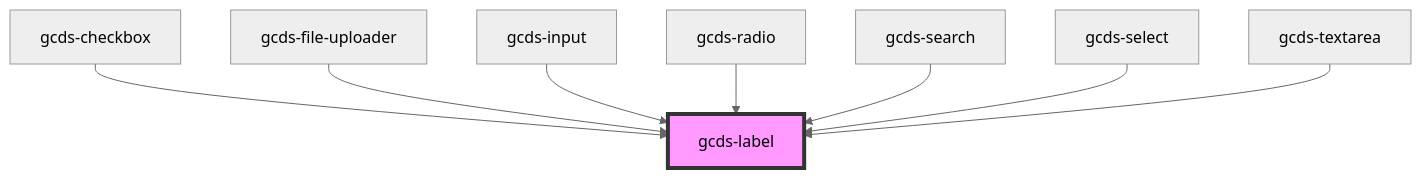
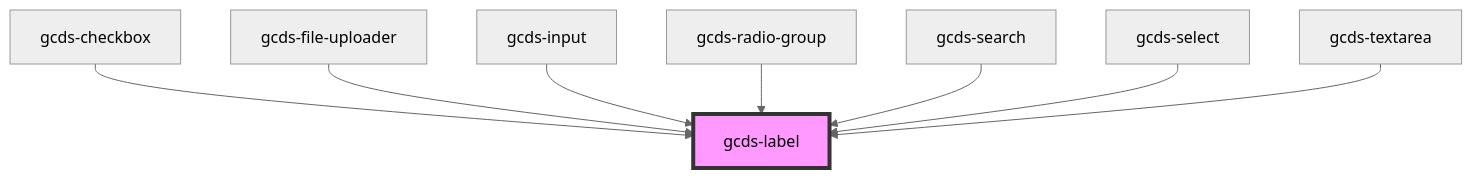
One commit to cds-snc/gcds-components changed the diagram in packages/web/src/components/gcds-label/readme.md. Above: the diagram before and after it, drawn with Mermaid (neutral theme). The commit also changed other lines of this file and 16 other files, not shown here.

Commit message:
Rename gcds-radio to gcds-radio-group

````diff
--- a/packages/web/src/components/gcds-label/readme.md
+++ b/packages/web/src/components/gcds-label/readme.md
@@ -31,11 +31,11 @@
 ```mermaid
 graph TD;
   gcds-checkbox --> gcds-label
   gcds-file-uploader --> gcds-label
   gcds-input --> gcds-label
-  gcds-radio --> gcds-label
+  gcds-radio-group --> gcds-label
   gcds-search --> gcds-label
   gcds-select --> gcds-label
   gcds-textarea --> gcds-label
   style gcds-label fill:#f9f,stroke:#333,stroke-width:4px
 ```
````
